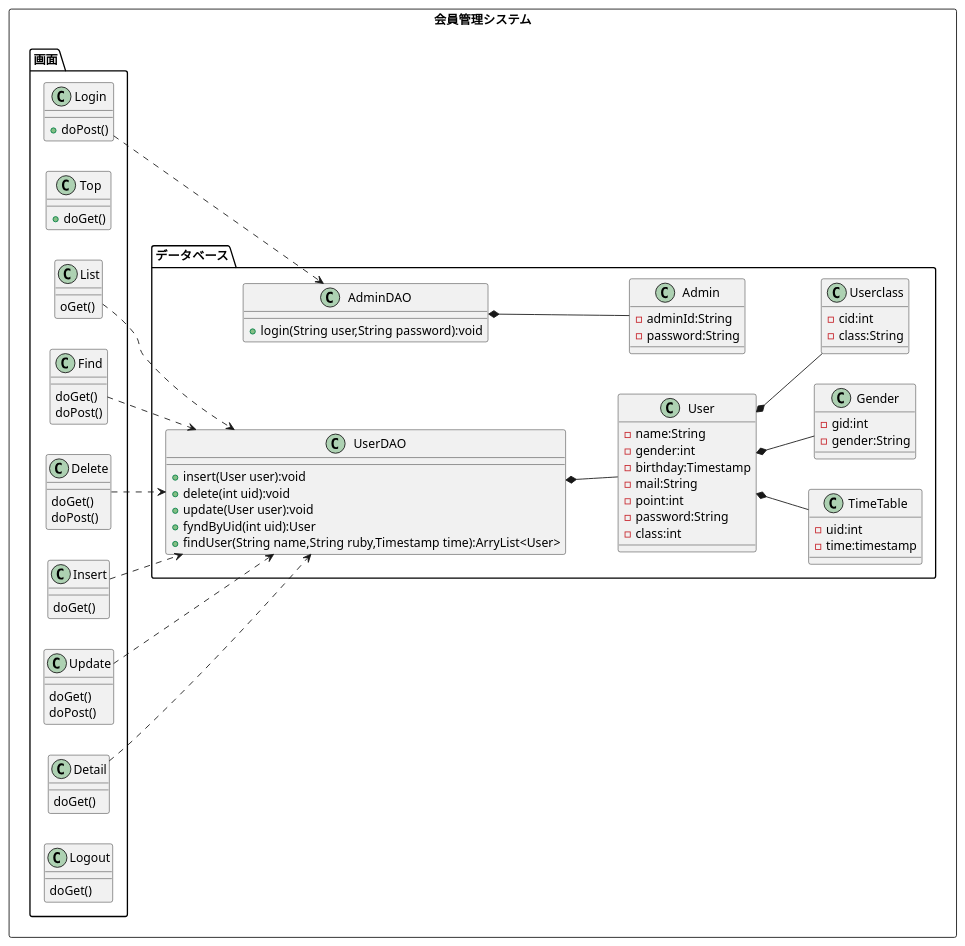
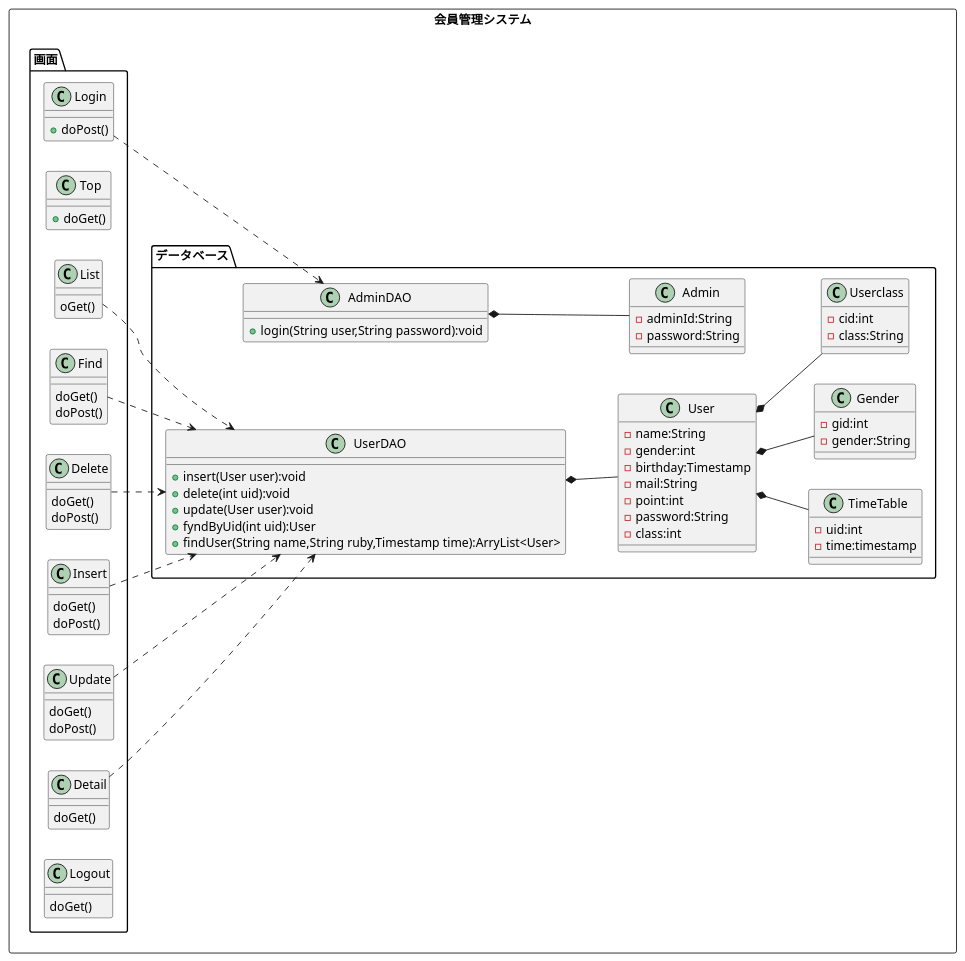
Before and after one commit to toufu66/ProjectC: the diagram in uml_detail/class.pu, drawn with PlantUML.

Commit message:
詳細クラス図

```diff
--- a/uml_detail/class.pu
+++ b/uml_detail/class.pu
@@ -1,99 +1,100 @@
 @startuml
 left to right direction
 rectangle 会員管理システム{
 package 画面{
 	class Login{
 		+doPost()
 	}
 	class Top{
 		+doGet()
 	}
 	class List{
 		oGet()
 	}
 	class Find{
 		doGet()
 		doPost()
 	}
 	class Delete{
 		doGet()
 		doPost()
 	}
 	class Insert{
 		doGet()
+		doPost()
 	}
 	class Update{
 		doGet()
 		doPost()
 	}
 	class Detail{
 		doGet()
 	}
 	class Logout{
 		doGet()
 	}
 
 
 }
 
 package データベース{
 	class UserDAO{
 		+insert(User user):void
 		+delete(int uid):void
 		+update(User user):void
 		+fyndByUid(int uid):User
 		+findUser(String name,String ruby,Timestamp time):ArryList<User>
 	}
 	class User{
 		-name:String
 		-gender:int
 		-birthday:Timestamp
 		-mail:String
 		-point:int
 		-password:String
 		-class:int
 	}
 	class Admin{
 		-adminId:String
 		-password:String
 	}
 	class AdminDAO{
 
 		+login(String user,String password):void
 
 	}
 	class TimeTable{
 		-uid:int
 		-time:timestamp
 
 	}
 	class Gender{
 		-gid:int
 		-gender:String
 
 	}
 	class Userclass{
 		-cid:int
 		-class:String
 
 	}
 
 }
 
 
 Login ..> AdminDAO
 
 List ..> UserDAO
 Insert ..> UserDAO
 Update ..> UserDAO
 Delete ..> UserDAO
 Find ..> UserDAO
 Detail ..>UserDAO
 UserDAO *--  User
 AdminDAO *--  Admin
 User *-- TimeTable
 User *-- Userclass
 User *-- Gender
 
 }
 @enduml
```
